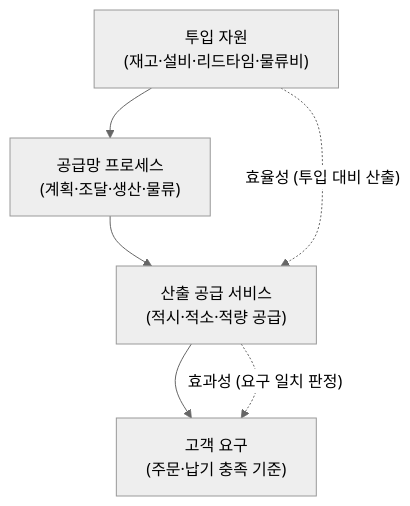
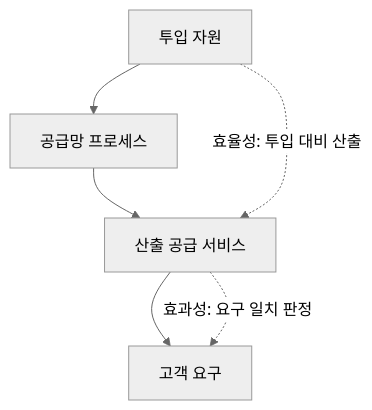
One commit to agnusdei1207/study changed the fourth of 4 diagrams in src/content/docs/notes/itpe/01-it-strategy/005_scm.md. Above: the diagram before and after it, drawn with Mermaid (neutral theme). The commit also changed other lines of this file and 19 other files, not shown here.

````diff
--- a/src/content/docs/notes/itpe/01-it-strategy/005_scm.md
+++ b/src/content/docs/notes/itpe/01-it-strategy/005_scm.md
@@ -137,9 +128,9 @@
 ```mermaid
 flowchart TD
-    IN["투입 자원<br/>(재고·설비·리드타임·물류비)"] --> PROC["공급망 프로세스<br/>(계획·조달·생산·물류)"]
-    PROC --> OUT["산출 공급 서비스<br/>(적시·적소·적량 공급)"]
-    OUT --> REQ["고객 요구<br/>(주문·납기 충족 기준)"]
+    IN["투입 자원"] --> PROC["공급망 프로세스"]
+    PROC --> OUT["산출 공급 서비스"]
+    OUT --> REQ["고객 요구"]
 
-    IN -.->|"효율성 (투입 대비 산출)"| OUT
-    OUT -.->|"효과성 (요구 일치 판정)"| REQ
+    IN -.->|"효율성: 투입 대비 산출"| OUT
+    OUT -.->|"효과성: 요구 일치 판정"| REQ
 ```
````
